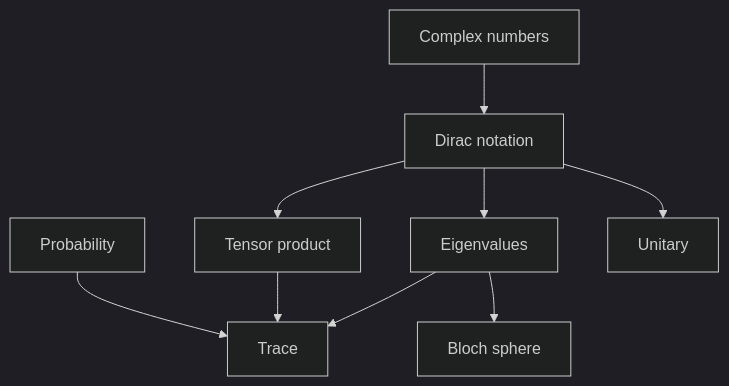
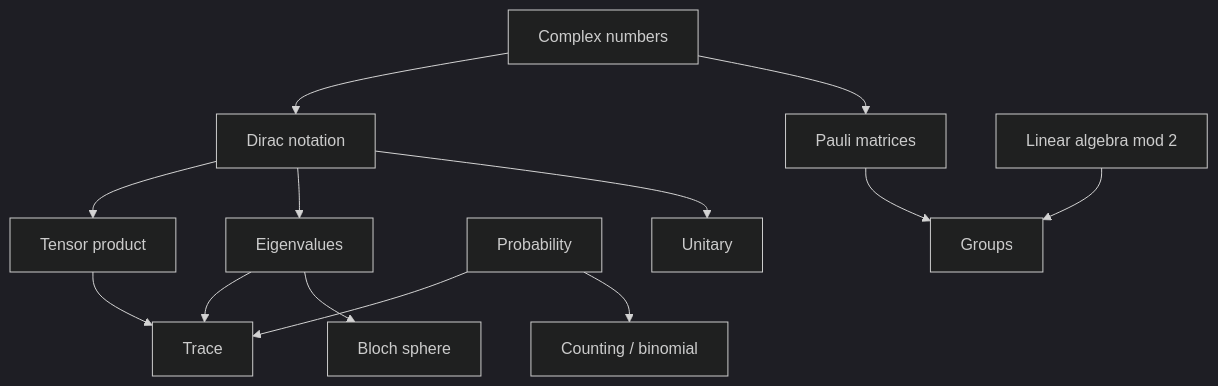
One commit to ArhamAkhtarAlam/mitxpro-my-notes changed the diagram in Math/Math.md. Above: the diagram before and after it, drawn with Mermaid (dark theme). The commit also changed other lines of this file and 45 other files, not shown here.

````diff
--- a/Math/Math.md
+++ b/Math/Math.md
@@ -18,11 +24,15 @@
 ```mermaid
 flowchart TD
     C["Complex numbers"] --> D["Dirac notation"]
     D --> T["Tensor product"]
     D --> E["Eigenvalues"]
     E --> Tr["Trace"]
     T --> Tr
     P["Probability"] --> Tr
     D --> U["Unitary"]
     E --> B["Bloch sphere"]
+    C --> PM["Pauli matrices"]
+    PM --> G["Groups"]
+    M2["Linear algebra mod 2"] --> G
+    P --> CB["Counting / binomial"]
 ```
````
